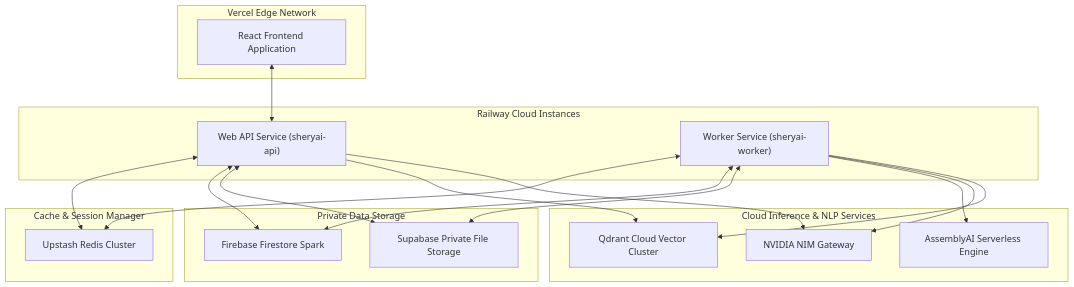
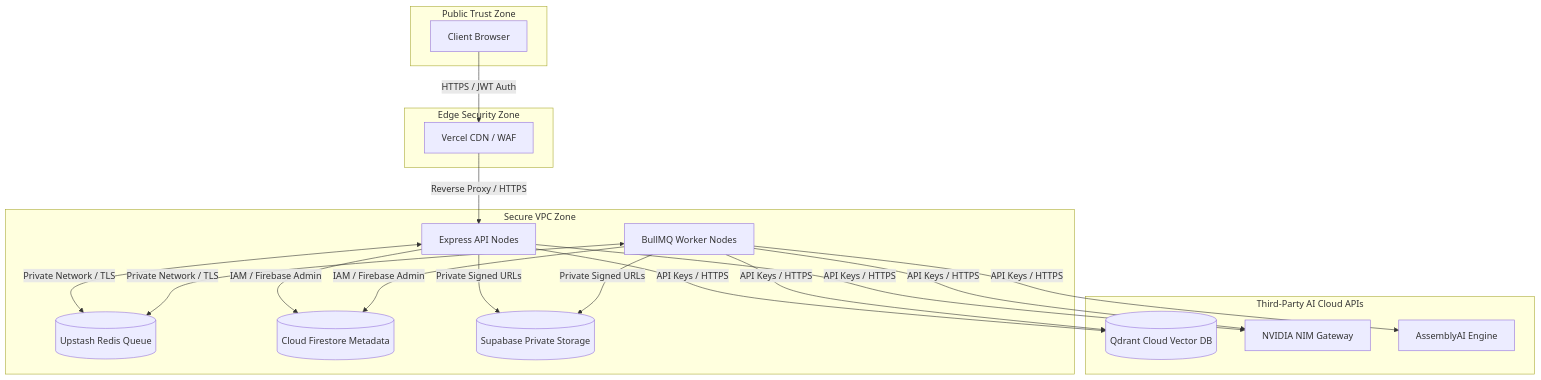
Diagram 11 of 12 in README.md (madhavansingh/Shery), drawn with Mermaid before and after one commit. The commit also changed other lines of this file, not shown here.

````diff
--- a/README.md
+++ b/README.md
@@ -309,39 +488,34 @@
 ```mermaid
 flowchart TD
-    subgraph Vercel_Network ["Vercel Edge Network"]
-        Client["React Frontend Application"]
+    subgraph PublicZone ["Public Trust Zone"]
+        Client[Client Browser]
     end
 
-    subgraph Railway_Compute ["Railway Cloud Instances"]
-        API["Web API Service (sheryai-api)"]
-        Worker["Worker Service (sheryai-worker)"]
+    subgraph EdgeZone ["Edge Security Zone"]
+        Vercel[Vercel CDN / WAF]
     end
 
-    subgraph Cloud_Storage ["Private Data Storage"]
-        Firebase["Firebase Firestore Spark"]
-        Supabase["Supabase Private File Storage"]
+    subgraph PrivateZone ["Secure VPC Zone"]
+        API[Express API Nodes]
+        Worker[BullMQ Worker Nodes]
+        Redis[(Upstash Redis Queue)]
+        Firestore[(Cloud Firestore Metadata)]
+        Supabase[(Supabase Private Storage)]
     end
 
-    subgraph Queue_State ["Cache & Session Manager"]
-        Upstash["Upstash Redis Cluster"]
+    subgraph ThirdPartyZone ["Third-Party AI Cloud APIs"]
+        Qdrant[(Qdrant Cloud Vector DB)]
+        NVIDIA[NVIDIA NIM Gateway]
+        Assembly[AssemblyAI Engine]
     end
 
-    subgraph External_AI ["Cloud Inference & NLP Services"]
-        Qdrant["Qdrant Cloud Vector Cluster"]
-        NVIDIA["NVIDIA NIM Gateway"]
-        Assembly["AssemblyAI Serverless Engine"]
-    end
-
-    Client <--> API
-    API <--> Upstash
-    Worker <--> Upstash
-    
-    API & Worker <--> Firebase
-    API & Worker <--> Supabase
-    
-    Worker --> Assembly
-    Worker --> NVIDIA
-    Worker --> Qdrant
-    API --> Qdrant
-    API --> NVIDIA
+    Client -->|HTTPS / JWT Auth| Vercel
+    Vercel -->|Reverse Proxy / HTTPS| API
+    API <-->|Private Network / TLS| Redis
+    Worker <-->|Private Network / TLS| Redis
+    API & Worker -->|IAM / Firebase Admin| Firestore
+    API & Worker -->|Private Signed URLs| Supabase
+    API & Worker -->|API Keys / HTTPS| Qdrant
+    API & Worker -->|API Keys / HTTPS| NVIDIA
+    Worker -->|API Keys / HTTPS| Assembly
 ```
````
